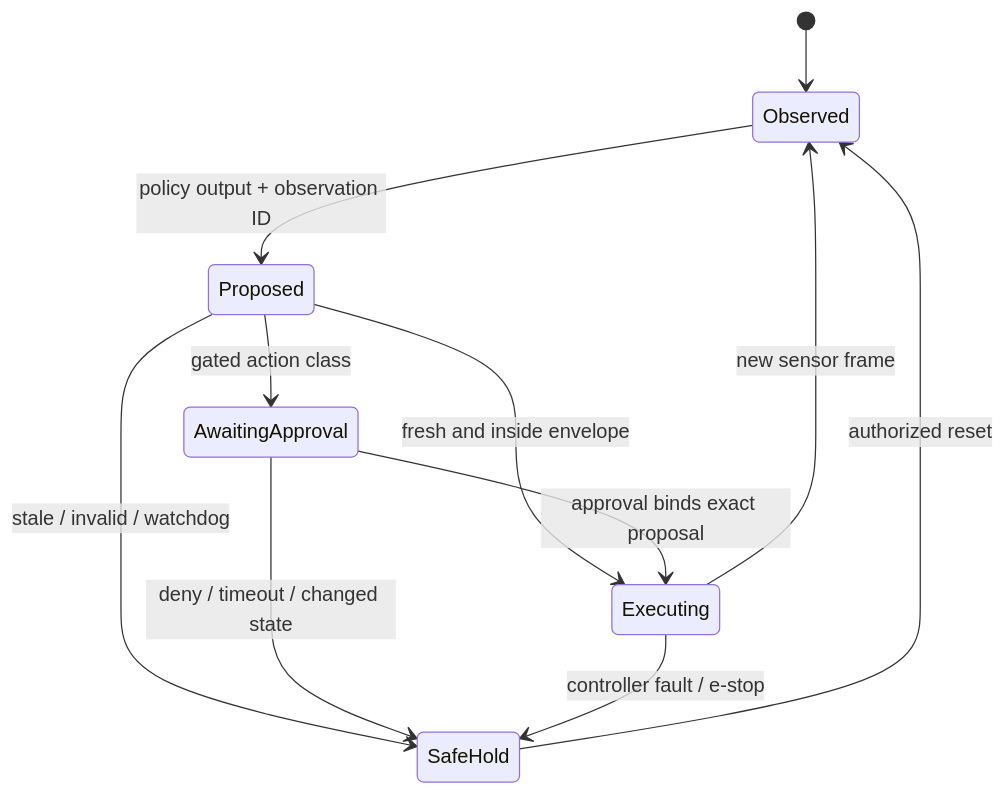
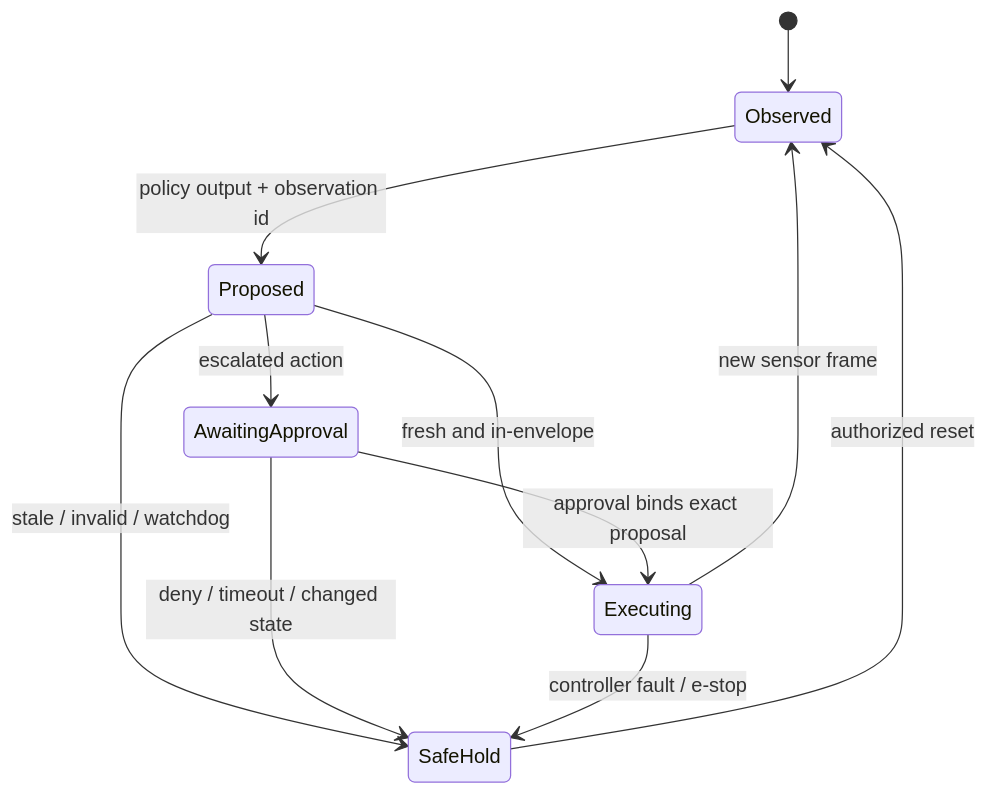
Before and after one commit to omkarsarde/agentic-engineering: the third of 3 diagrams in chapters/31-world-models-vla-embodied.qmd, drawn with Mermaid. The commit also changed other lines of this file and 2 other files, not shown here.

````diff
--- a/chapters/31-world-models-vla-embodied.qmd
+++ b/chapters/31-world-models-vla-embodied.qmd
@@ -435,16 +1008,17 @@
 ```{mermaid}
+%%| echo: false
 %%| label: fig-ch31-safety
-%%| fig-cap: "Which transitions may give a model proposal physical authority? Only fresh, in-envelope actions execute directly; gated actions require approval, and any denial, timeout, stale observation, or watchdog event leads to a safe hold."
-%%| fig-alt: "A state diagram begins at observed, moves to proposed, then either executes if fresh and within limits, waits for approval if gated, or enters safe hold on denial, timeout, stale input, or watchdog. Executed actions return to observed."
+%%| fig-cap: "Which transitions may give a model proposal physical authority? Only fresh, in-envelope actions execute directly; escalated actions wait for approval that binds the exact proposal, and any denial, stale observation, or watchdog event routes to a safe hold."
+%%| fig-alt: "A state machine: from Observed to Proposed; a fresh in-envelope action goes to Executing, an escalated one to AwaitingApproval, and stale or invalid input to SafeHold. Approval binds the exact proposal and moves to Executing; denial or timeout moves to SafeHold. Executing returns to Observed or, on fault, to SafeHold."
 stateDiagram-v2
     [*] --> Observed
-    Observed --> Proposed: policy output + observation ID
-    Proposed --> Executing: fresh and inside envelope
-    Proposed --> AwaitingApproval: gated action class
+    Observed --> Proposed: policy output + observation id
+    Proposed --> Executing: fresh and in-envelope
+    Proposed --> AwaitingApproval: escalated action
     Proposed --> SafeHold: stale / invalid / watchdog
     AwaitingApproval --> Executing: approval binds exact proposal
     AwaitingApproval --> SafeHold: deny / timeout / changed state
     Executing --> Observed: new sensor frame
     Executing --> SafeHold: controller fault / e-stop
     SafeHold --> Observed: authorized reset
 ```
````
